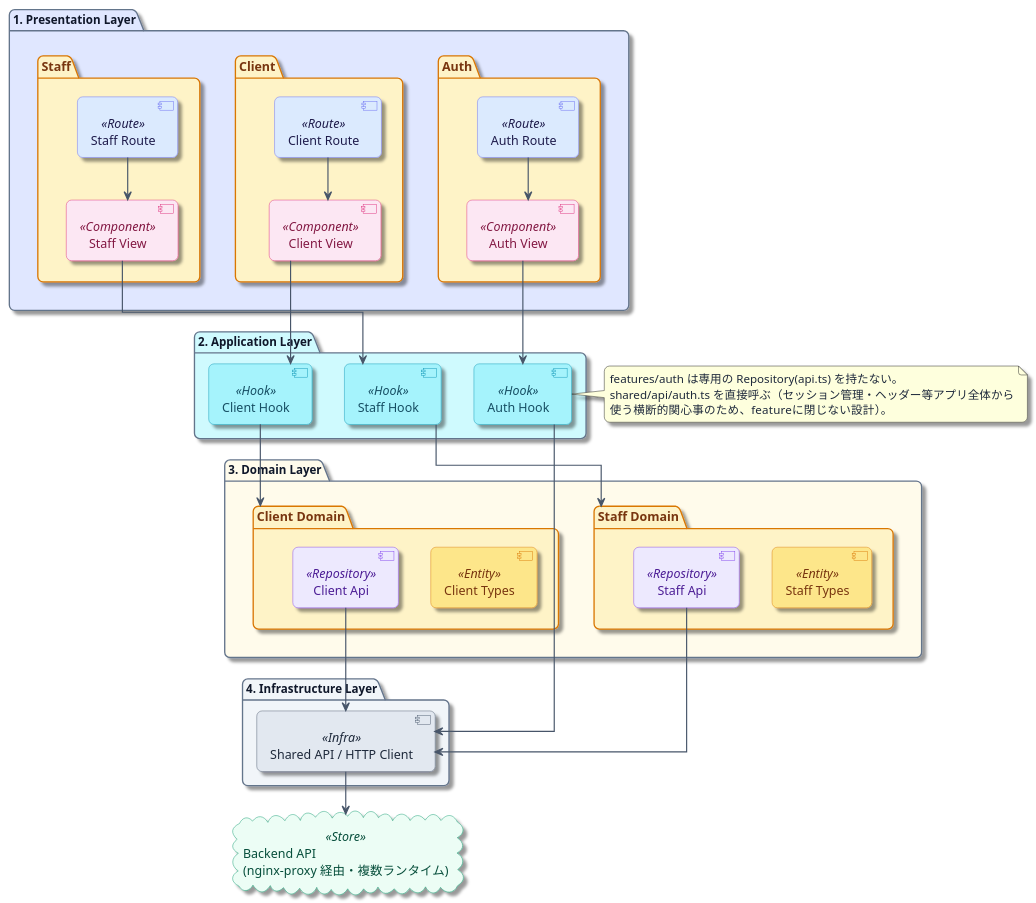
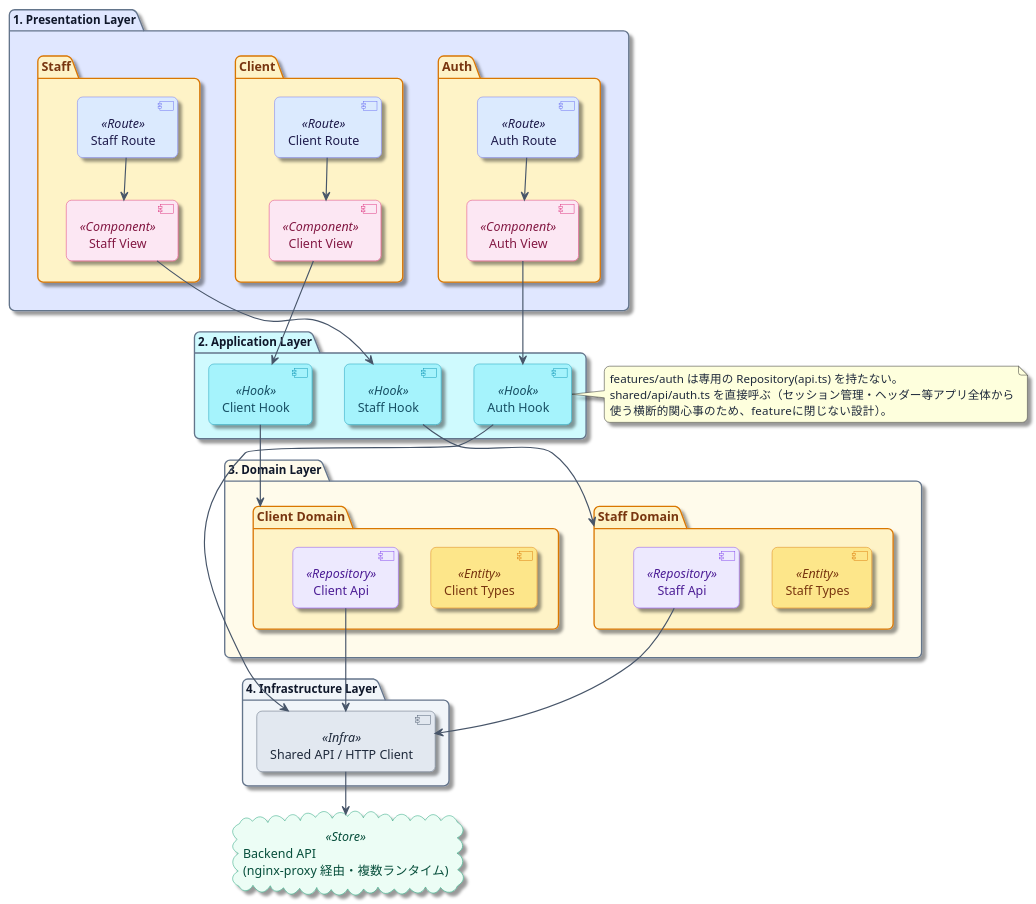
One commit to bobtabo/authorization changed the diagram in docs/architecture/frontend.puml. Above: the diagram before and after it, drawn with PlantUML.

Commit message:
docs(#145): frontend.pumlのlinetype orthoを外す
直角線ルーティングにすると、Auth Hookから注釈の吹き出しへ伸びる点線が
遠回りして分かりづらくなっていた。標準の曲線ルーティングに戻すと
一本の滑らかな線でつながりが明確になる。

```diff
--- a/docs/architecture/frontend.puml
+++ b/docs/architecture/frontend.puml
@@ -1,142 +1,141 @@
 @startuml
 ' docs/architecture/backend.puml のフロントエンド版
 ' Feature-Based Architecture + Custom Hooks 構成（#140〜#143 で導入）を層構造として可視化
 ' 主フローは上→下。各層内は左→右（Auth→Client→Staff）で視線は左上→右下に近い
 skinparam shadowing true
 skinparam roundcorner 12
 skinparam BoxPadding 8
-skinparam linetype ortho
 skinparam nodesep 36
 skinparam ranksep 48
 top to bottom direction
 
 skinparam defaultFontColor #1E293B
 skinparam ArrowColor #475569
 skinparam ArrowThickness 1.3
 
 skinparam package {
     BorderColor #64748B
     FontColor #0F172A
     FontStyle bold
     FontSize 13
 }
 
 skinparam component<<Route>> {
     BackgroundColor #DBEAFE
     BorderColor #6366F1
     FontColor #1E1B4B
 }
 skinparam component<<Component>> {
     BackgroundColor #FCE7F3
     BorderColor #DB2777
     FontColor #831843
 }
 skinparam component<<Hook>> {
     BackgroundColor #A5F3FC
     BorderColor #0891B2
     FontColor #164E63
 }
 skinparam component<<Entity>> {
     BackgroundColor #FDE68A
     BorderColor #D97706
     FontColor #78350F
 }
 skinparam component<<Repository>> {
     BackgroundColor #EDE9FE
     BorderColor #7C3AED
     FontColor #4C1D95
 }
 skinparam component<<Infra>> {
     BackgroundColor #E2E8F0
     BorderColor #475569
     FontColor #1E293B
 }
 skinparam cloud<<Store>> {
     BackgroundColor #ECFDF5
     BorderColor #059669
     FontColor #064E3B
 }
 
 skinparam folder {
     BackgroundColor #FEF3C7
     BorderColor #D97706
     FontColor #78350F
 }
 
 ' 凡例（実ディレクトリとの対応）
 ' Route      = app/**/page.tsx（薄いラッパー。ロジックを持たずViewを呼ぶだけ）
 ' Component  = features/*/components/*.tsx（View。見た目のみ）
 ' Hook       = features/*/hooks/*.ts（Application/UseCase。状態管理・API呼び出し）
 ' Entity     = features/*/types.ts（Value Object・定数）
 ' Repository = features/*/api.ts（バックエンドAPIとの契約。関数のみでinterface/impl分離はない）
 ' Infra      = shared/api/http.ts・client.ts・auth.ts・gate.ts・notifications.ts・invitation.ts
 ' Store      = 各バックエンド（PHP Laravel 等、nginx-proxy 経由の複数ランタイム）
 
 package "1. Presentation Layer" #E0E7FF {
     folder "Auth" {
         [Auth Route] <<Route>>
         [Auth View] <<Component>>
         [Auth Route] -down-> [Auth View]
     }
     folder "Client" {
         [Client Route] <<Route>>
         [Client View] <<Component>>
         [Client Route] -down-> [Client View]
     }
     folder "Staff" {
         [Staff Route] <<Route>>
         [Staff View] <<Component>>
         [Staff Route] -down-> [Staff View]
     }
     "Auth" -[hidden]right- "Client"
     "Client" -[hidden]right- "Staff"
 }
 
 package "2. Application Layer" #CFFAFE {
     [Auth Hook] <<Hook>>
     [Client Hook] <<Hook>>
     [Staff Hook] <<Hook>>
     [Auth Hook] -[hidden]right- [Client Hook]
     [Client Hook] -[hidden]right- [Staff Hook]
 }
 
 package "3. Domain Layer" #FFFBEB {
     folder "Client Domain" {
         [Client Types] <<Entity>>
         [Client Api] <<Repository>>
     }
     folder "Staff Domain" {
         [Staff Types] <<Entity>>
         [Staff Api] <<Repository>>
     }
     "Client Domain" -[hidden]right- "Staff Domain"
 }
 
 package "4. Infrastructure Layer" #F1F5F9 {
     [Shared API / HTTP Client] <<Infra>>
 }
 
 cloud "Backend API\n(nginx-proxy 経由・複数ランタイム)" as backendApi <<Store>>
 
 [Auth View] -down-> [Auth Hook]
 [Client View] -down-> [Client Hook]
 [Staff View] -down-> [Staff Hook]
 
 [Client Hook] -down-> "Client Domain"
 [Staff Hook] -down-> "Staff Domain"
 
 ' Auth は features/auth 専用の Repository(api.ts) を持たず、shared/api/auth.ts を直接呼ぶ
 ' （セッション管理・ヘッダー等アプリ全体から使う横断的関心事のため。#143 の設計判断）
 [Auth Hook] -down-> [Shared API / HTTP Client]
 note right of [Auth Hook]
   features/auth は専用の Repository(api.ts) を持たない。
   shared/api/auth.ts を直接呼ぶ（セッション管理・ヘッダー等アプリ全体から
   使う横断的関心事のため、featureに閉じない設計）。
 end note
 
 [Client Api] -down-> [Shared API / HTTP Client]
 [Staff Api] -down-> [Shared API / HTTP Client]
 
 [Shared API / HTTP Client] -down-> backendApi
 
 @enduml
```
